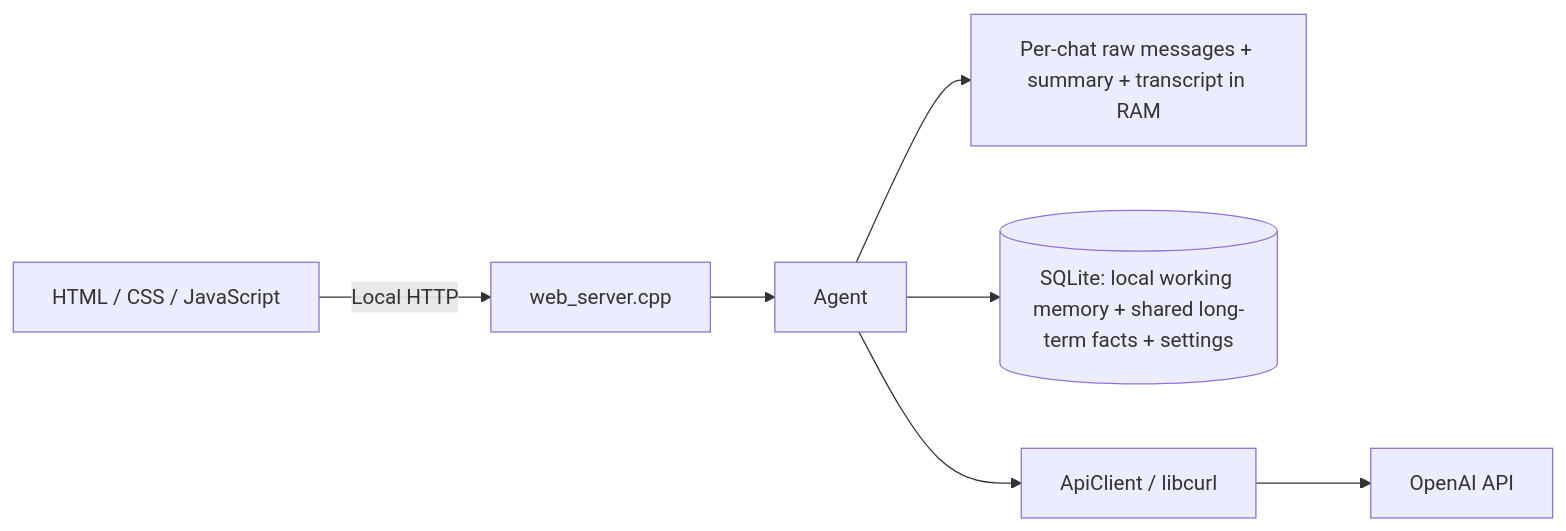
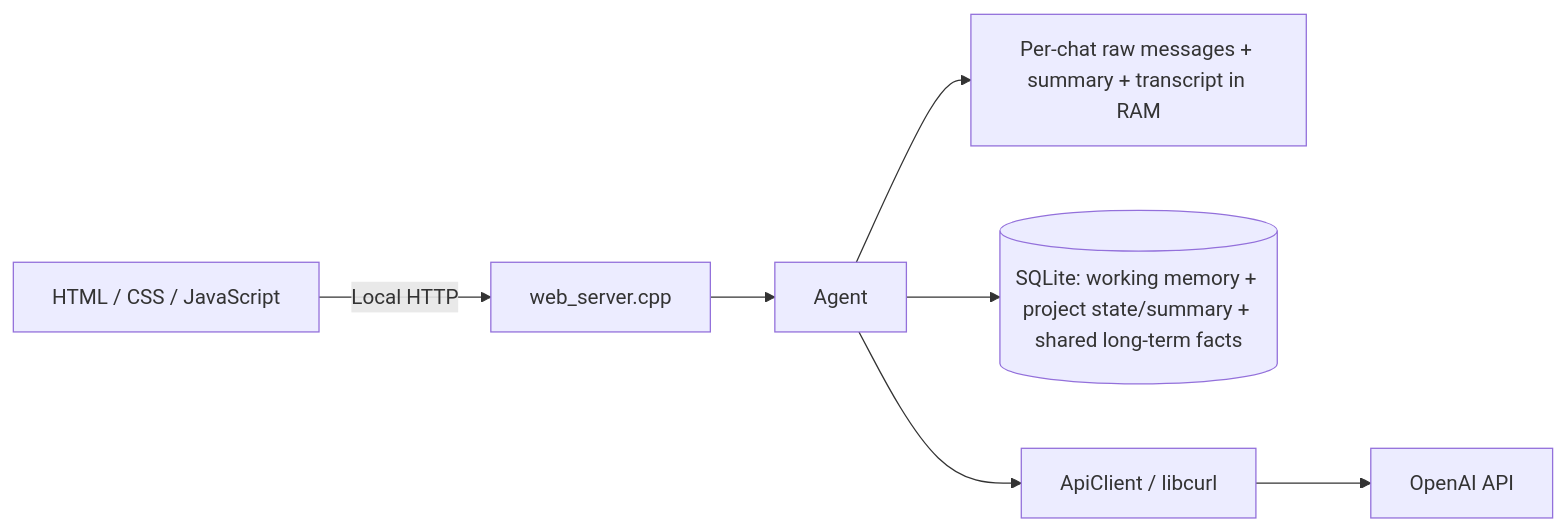
The diagram in README.md (ri-gusev/AIAgentsStart), drawn with Mermaid before and after one commit. The commit also changed other lines of this file and 11 other files, not shown here.

````diff
--- a/README.md
+++ b/README.md
@@ -24,9 +26,9 @@
 ```mermaid
 flowchart LR
     Browser[HTML / CSS / JavaScript] -->|Local HTTP| Server[web_server.cpp]
     Server --> Agent[Agent]
     Agent --> RAM[Per-chat raw messages + summary + transcript in RAM]
-    Agent --> DB[(SQLite: local working memory + shared long-term facts + settings)]
+    Agent --> DB[(SQLite: working memory + project state/summary + shared long-term facts)]
     Agent --> Client[ApiClient / libcurl]
     Client --> OpenAI[OpenAI API]
 ```
````
